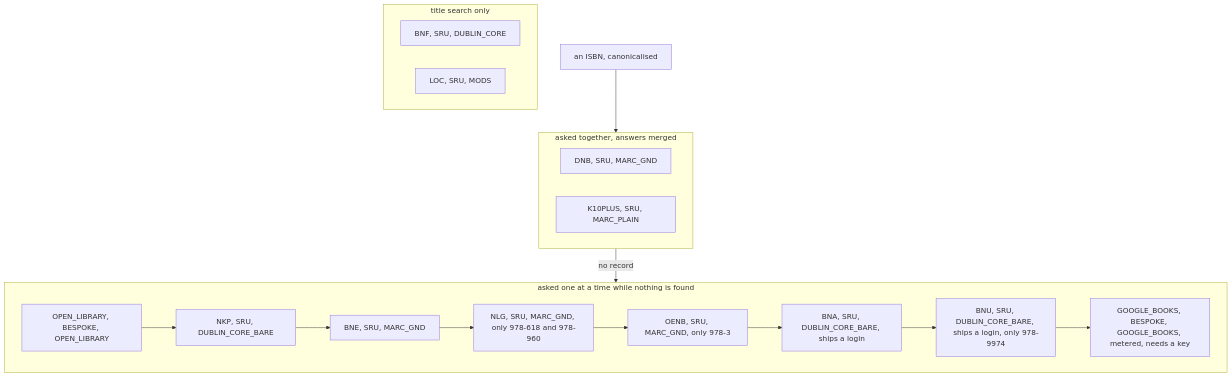
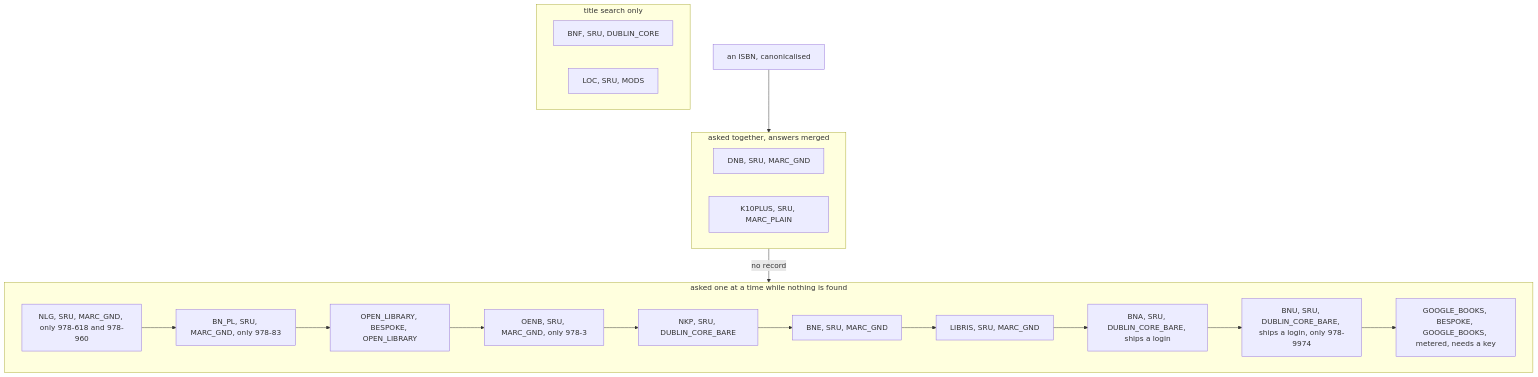
One commit to f-klement/endpaper changed the sixth of 10 diagrams in docs/architecture.md. Above: the diagram before and after it, drawn with Mermaid. The commit also changed 48 other files, not shown here.

````diff
--- a/docs/architecture.md
+++ b/docs/architecture.md
@@ -416,31 +416,35 @@
 ```mermaid
 flowchart TB
   isbn["an ISBN, canonicalised"]
   subgraph together ["asked together, answers merged"]
     dnb["DNB, SRU, MARC_GND"]
     k10plus["K10PLUS, SRU, MARC_PLAIN"]
   end
   subgraph in_turn ["asked one at a time while nothing is found"]
+    nlg["NLG, SRU, MARC_GND, only 978-618 and 978-960"]
+    bn_pl["BN_PL, SRU, MARC_GND, only 978-83"]
     open_library["OPEN_LIBRARY, BESPOKE, OPEN_LIBRARY"]
+    oenb["OENB, SRU, MARC_GND, only 978-3"]
     nkp["NKP, SRU, DUBLIN_CORE_BARE"]
     bne["BNE, SRU, MARC_GND"]
-    nlg["NLG, SRU, MARC_GND, only 978-618 and 978-960"]
-    oenb["OENB, SRU, MARC_GND, only 978-3"]
+    libris["LIBRIS, SRU, MARC_GND"]
     bna["BNA, SRU, DUBLIN_CORE_BARE, ships a login"]
     bnu["BNU, SRU, DUBLIN_CORE_BARE, ships a login, only 978-9974"]
     google_books["GOOGLE_BOOKS, BESPOKE, GOOGLE_BOOKS, metered, needs a key"]
   end
   subgraph search ["title search only"]
     bnf["BNF, SRU, DUBLIN_CORE"]
     loc["LOC, SRU, MODS"]
   end
   isbn --> together
   together -->|"no record"| in_turn
-  open_library --> nkp
+  nlg --> bn_pl
+  bn_pl --> open_library
+  open_library --> oenb
+  oenb --> nkp
   nkp --> bne
-  bne --> nlg
-  nlg --> oenb
-  oenb --> bna
+  bne --> libris
+  libris --> bna
   bna --> bnu
   bnu --> google_books
 ```
````
